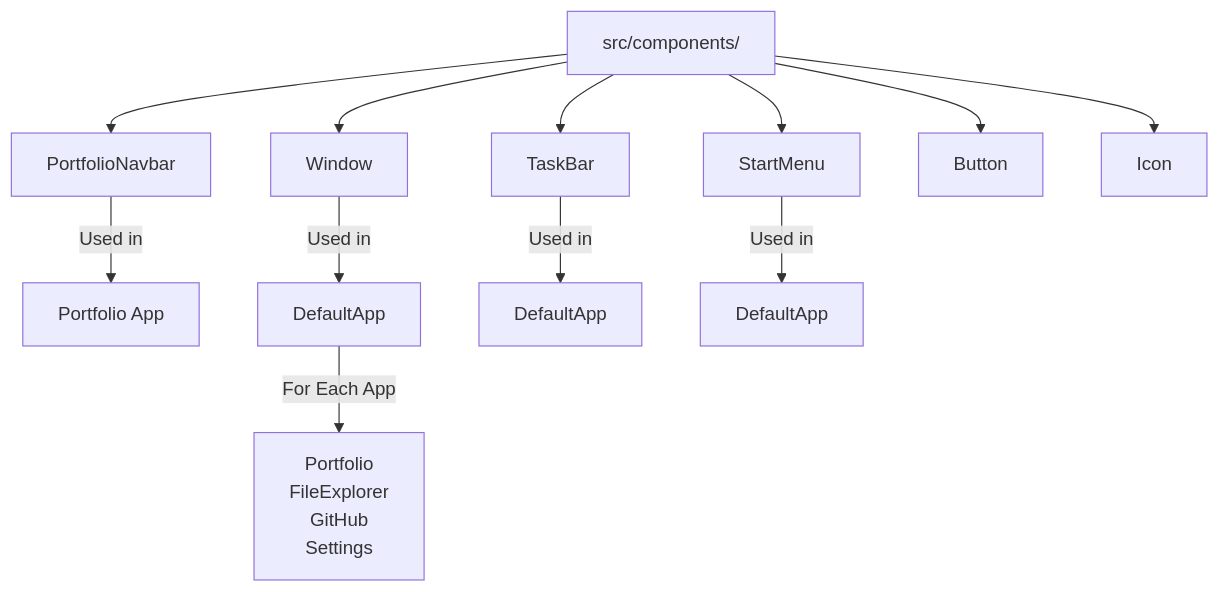
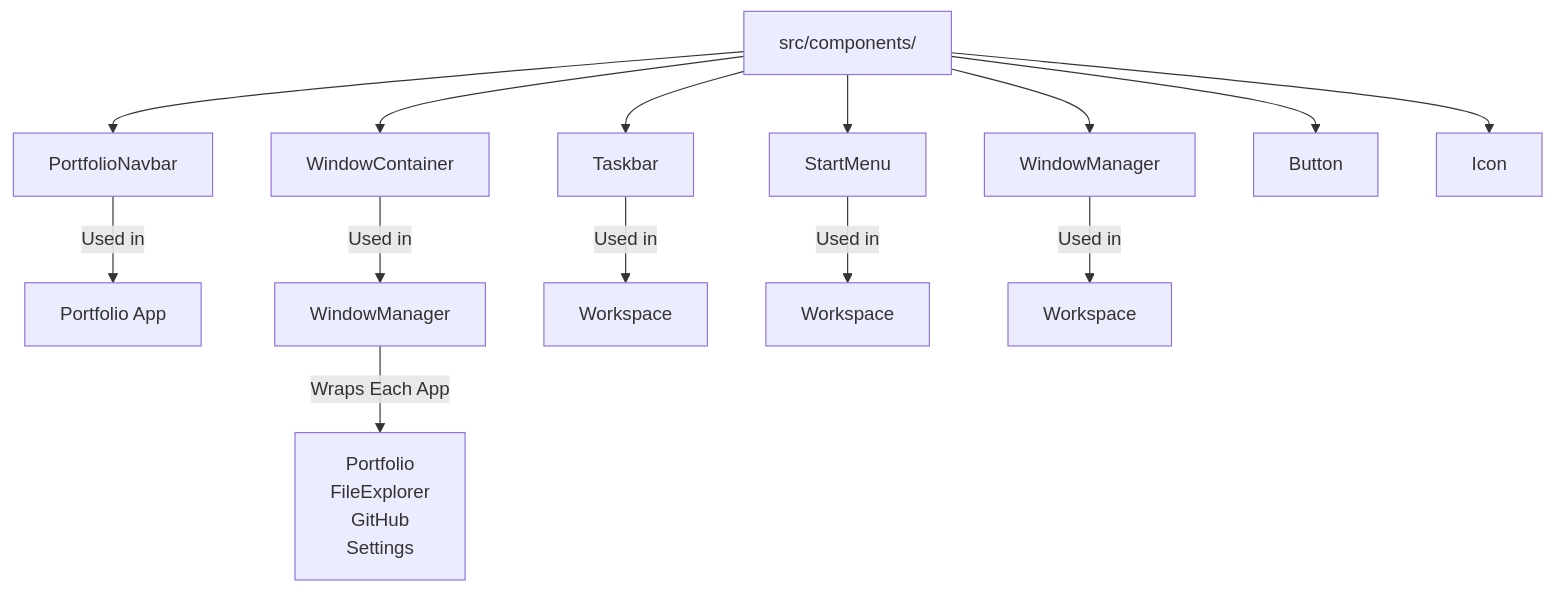
Before and after one commit to NatsuDrag9/portfolio-os: the eighth of 9 diagrams in docs/COMPONENT_RELATIONSHIPS.md, drawn with Mermaid. The commit also changed other lines of this file and 7 other files, not shown here.

Commit message:
docs(app): correct architecture doc and add more docs

````diff
--- a/docs/COMPONENT_RELATIONSHIPS.md
+++ b/docs/COMPONENT_RELATIONSHIPS.md
@@ -195,17 +198,19 @@
 ```mermaid
 graph TD
     A["src/components/"]
 
     A --> B["PortfolioNavbar"]
-    A --> C["Window"]
-    A --> D["TaskBar"]
+    A --> C["WindowContainer"]
+    A --> D["Taskbar"]
     A --> E["StartMenu"]
-    A --> F["Button"]
-    A --> G["Icon"]
+    A --> F["WindowManager"]
+    A --> G["Button"]
+    A --> H["Icon"]
 
     B -->|Used in| B1["Portfolio App"]
-    C -->|Used in| C1["DefaultApp"]
-    C1 -->|For Each App| C1a["Portfolio<br/>FileExplorer<br/>GitHub<br/>Settings"]
-    D -->|Used in| D1["DefaultApp"]
-    E -->|Used in| E1["DefaultApp"]
+    C -->|Used in| C1["WindowManager"]
+    C1 -->|Wraps Each App| C1a["Portfolio<br/>FileExplorer<br/>GitHub<br/>Settings"]
+    D -->|Used in| D1["Workspace"]
+    E -->|Used in| E1["Workspace"]
+    F -->|Used in| F1["Workspace"]
 ```
````
